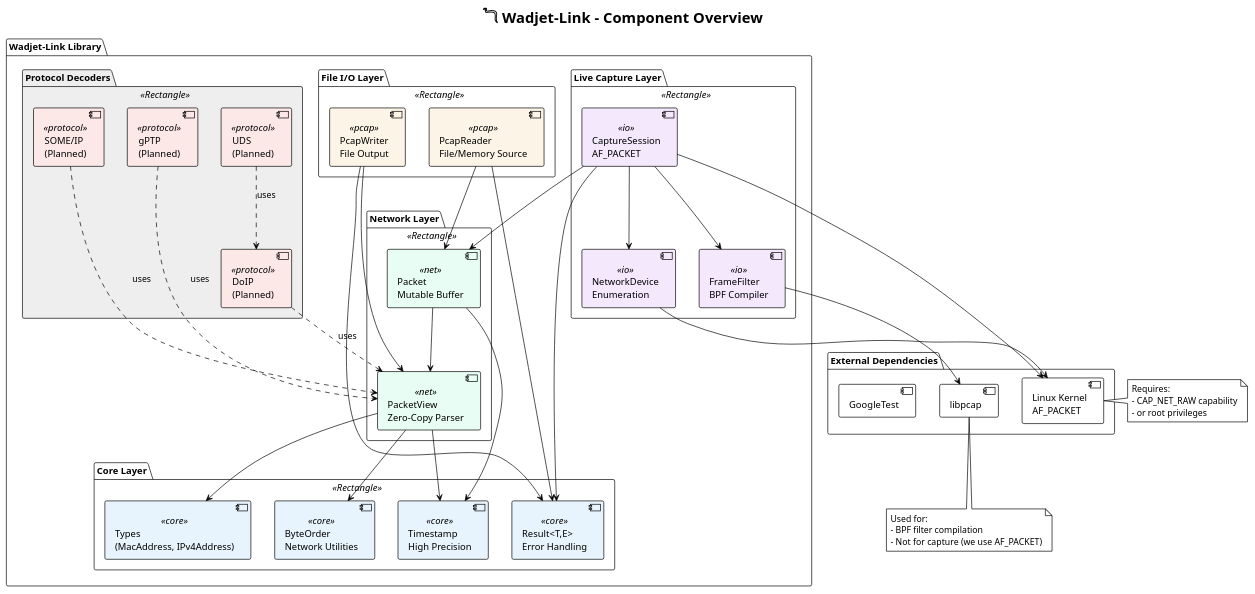
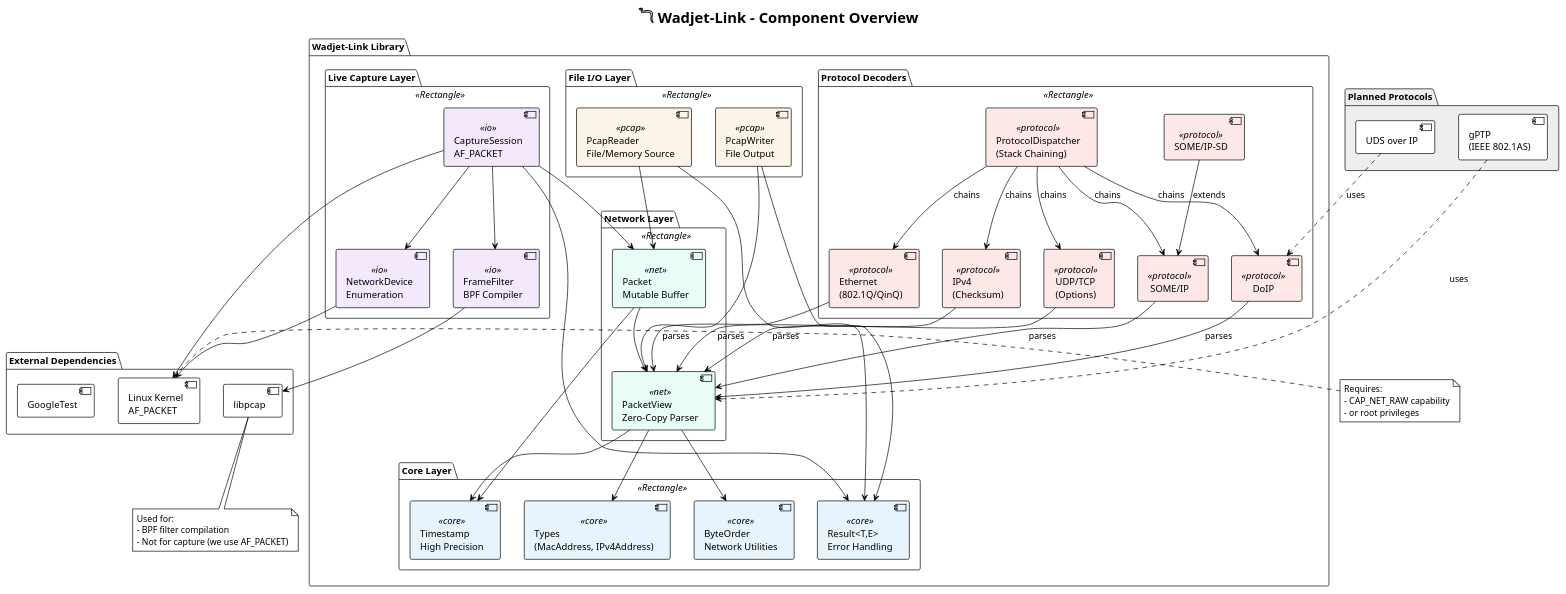
The diagram in architecture/component_overview.puml (mm0rsy/Wadjet-Link), drawn with PlantUML before and after one commit. The commit also changed 4 other files, not shown here.

First line of the commit message:
docs: Update architecture diagrams for protocol decoders

```diff
--- a/architecture/component_overview.puml
+++ b/architecture/component_overview.puml
@@ -1,95 +1,114 @@
 @startuml component_overview
 !theme plain
 title 𓆓 Wadjet-Link - Component Overview
 
 skinparam componentStyle uml2
 skinparam backgroundColor white
 skinparam component {
     BackgroundColor<<core>> #E8F4FD
     BackgroundColor<<net>> #E8FDF4
     BackgroundColor<<pcap>> #FDF4E8
     BackgroundColor<<io>> #F4E8FD
     BackgroundColor<<protocol>> #FDE8E8
     BackgroundColor<<test>> #E8E8FD
 }
 
 package "Wadjet-Link Library" {
     
     package "Core Layer" <<Rectangle>> {
         component [Types\n(MacAddress, IPv4Address)] as Types <<core>>
         component [Result<T,E>\nError Handling] as Result <<core>>
         component [Timestamp\nHigh Precision] as Timestamp <<core>>
         component [ByteOrder\nNetwork Utilities] as ByteOrder <<core>>
     }
     
     package "Network Layer" <<Rectangle>> {
         component [PacketView\nZero-Copy Parser] as PacketView <<net>>
         component [Packet\nMutable Buffer] as Packet <<net>>
     }
     
     package "File I/O Layer" <<Rectangle>> {
         component [PcapReader\nFile/Memory Source] as PcapReader <<pcap>>
         component [PcapWriter\nFile Output] as PcapWriter <<pcap>>
     }
     
     package "Live Capture Layer" <<Rectangle>> {
         component [CaptureSession\nAF_PACKET] as Capture <<io>>
         component [NetworkDevice\nEnumeration] as Device <<io>>
         component [FrameFilter\nBPF Compiler] as Filter <<io>>
     }
     
-    package "Protocol Decoders" <<Rectangle>> #EEEEEE {
-        component [SOME/IP\n(Planned)] as SOMEIP <<protocol>>
-        component [DoIP\n(Planned)] as DoIP <<protocol>>
-        component [gPTP\n(Planned)] as gPTP <<protocol>>
-        component [UDS\n(Planned)] as UDS <<protocol>>
+    package "Protocol Decoders" <<Rectangle>> {
+        component [Ethernet\n(802.1Q/QinQ)] as Ethernet <<protocol>>
+        component [IPv4\n(Checksum)] as IPv4 <<protocol>>
+        component [UDP/TCP\n(Options)] as Transport <<protocol>>
+        component [SOME/IP] as SOMEIP <<protocol>>
+        component [SOME/IP-SD] as SOMEIPSD <<protocol>>
+        component [DoIP] as DoIP <<protocol>>
+        component [ProtocolDispatcher\n(Stack Chaining)] as Dispatcher <<protocol>>
     }
+}
+
+package "Planned Protocols" #EEEEEE {
+    component [gPTP\n(IEEE 802.1AS)] as gPTP
+    component [UDS over IP] as UDS
 }
 
 package "External Dependencies" {
     component [libpcap] as libpcap
     component [Linux Kernel\nAF_PACKET] as Kernel
     component [GoogleTest] as GTest
 }
 
 ' Core dependencies
 PacketView --> Types
 PacketView --> ByteOrder
 PacketView --> Timestamp
 Packet --> PacketView
 Packet --> Timestamp
 
 ' PCAP dependencies
 PcapReader --> Packet
 PcapReader --> Result
 PcapWriter --> PacketView
 PcapWriter --> Result
 
 ' I/O dependencies
 Capture --> Packet
 Capture --> Filter
 Capture --> Device
 Capture --> Result
 Filter --> libpcap
 Device --> Kernel
 Capture --> Kernel
 
-' Protocol dependencies (planned)
-SOMEIP ..> PacketView : uses
-DoIP ..> PacketView : uses
+' Protocol dependencies
+Ethernet --> PacketView : parses
+IPv4 --> PacketView : parses
+Transport --> PacketView : parses
+SOMEIP --> PacketView : parses
+SOMEIPSD --> SOMEIP : extends
+DoIP --> PacketView : parses
+Dispatcher --> Ethernet : chains
+Dispatcher --> IPv4 : chains
+Dispatcher --> Transport : chains
+Dispatcher --> SOMEIP : chains
+Dispatcher --> DoIP : chains
+
+' Planned protocol dependencies
+UDS ..> DoIP : uses
 gPTP ..> PacketView : uses
-UDS ..> DoIP : uses
 
 note right of Kernel
   Requires:
   - CAP_NET_RAW capability
   - or root privileges
 end note
 
 note bottom of libpcap
   Used for:
   - BPF filter compilation
   - Not for capture (we use AF_PACKET)
 end note
 
 @enduml
```
